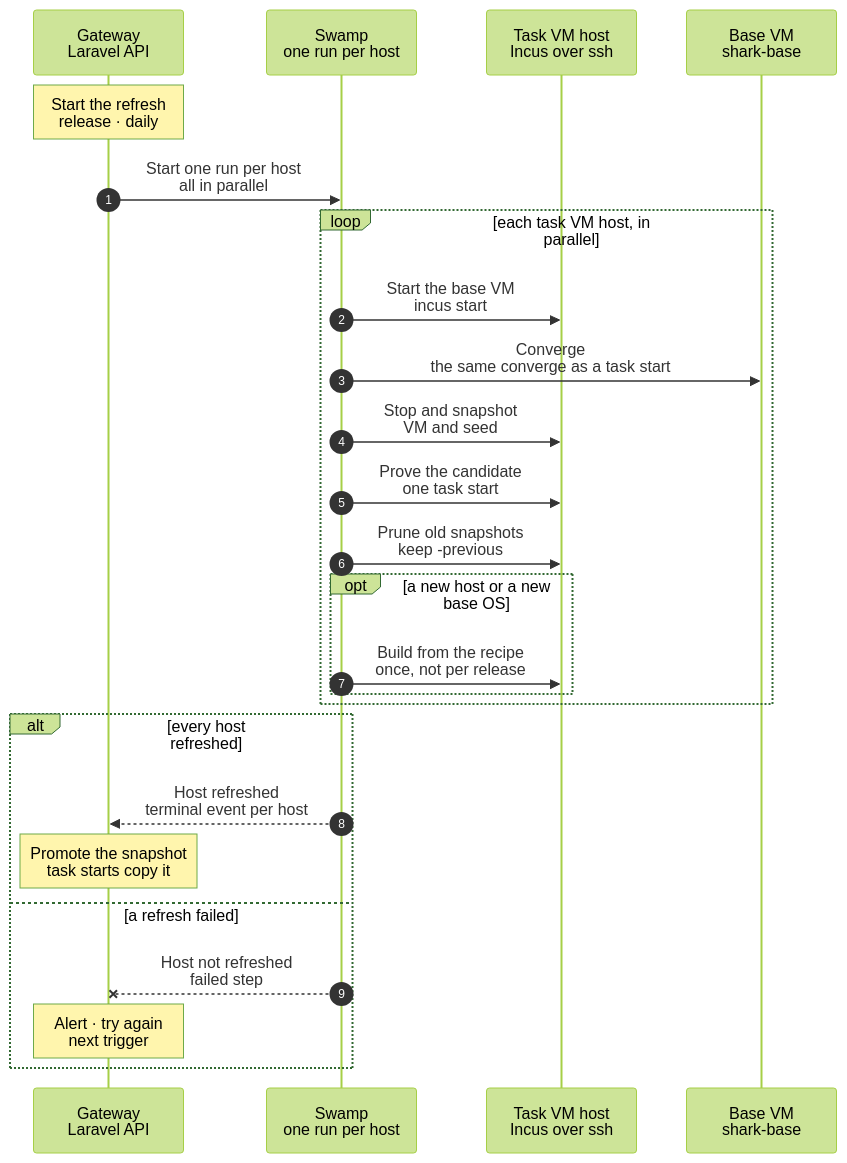
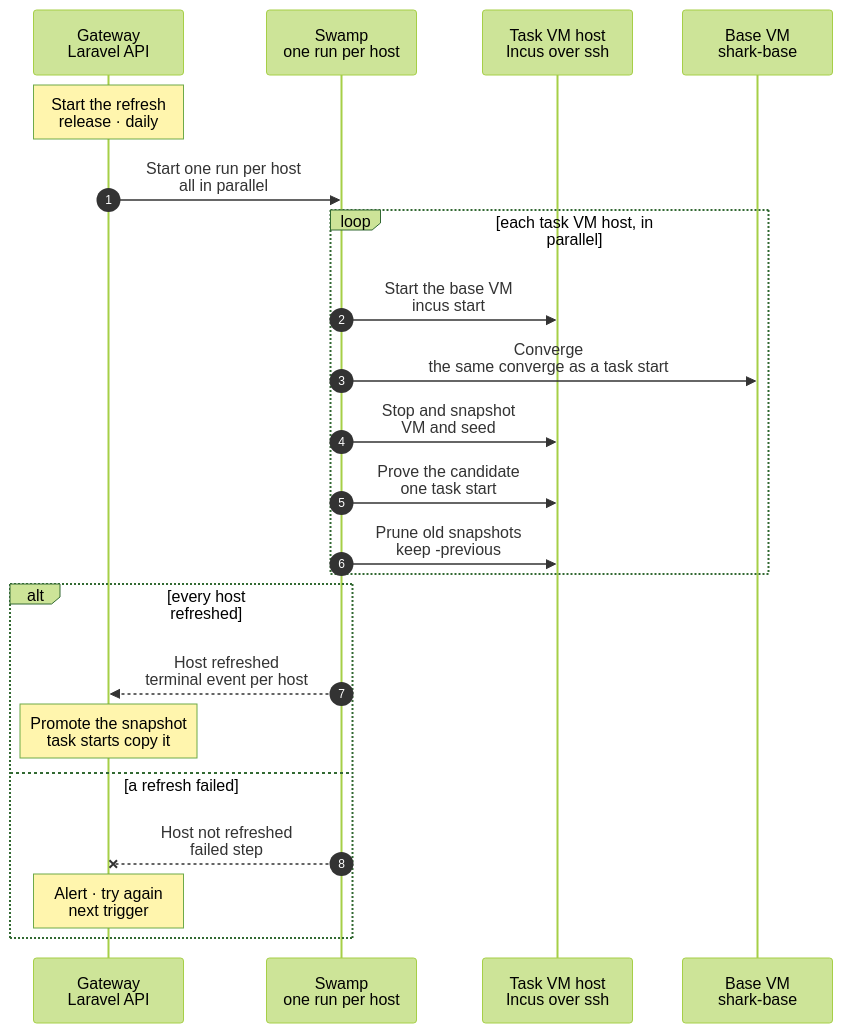
The diagram in docs/reference/pipeline/6-task-image-seed-refresh.mmd (hardimpactdev/orbit), drawn with Mermaid (forest theme) before and after one commit. The commit also changed 85 other files, not shown here.

First line of the commit message:
Retire the recipe image build; the base snapshot refresh is the only base (#3150)

```diff
--- a/docs/reference/pipeline/6-task-image-seed-refresh.mmd
+++ b/docs/reference/pipeline/6-task-image-seed-refresh.mmd
@@ -1,55 +1,52 @@
 sequenceDiagram
   %% Target design (agreed with Nick, 2026-11-07): stage 6 of the command development pipeline. Each task VM host keeps one stopped base VM that never gets an identity; its ZFS snapshot is the base a task start copies. After a release, and once a day, every host starts its base VM, converges it as a task start would, stops it and snapshots it; the snapshot is proven with one task start and the Gateway promotes it. There is no Incus image and no publish. Nothing is copied between hosts. The per-host run: docs/cli/tasks/vm-image-refresh.mmd.
   %% status: draft
   %% command: development pipeline stage 6 · per-host task image and seed refresh
   %% kind: pipeline.6-task-image-seed-refresh
   autonumber
   %% lane GW icon=gateway pill=intent tone=blue
   %% lane SW icon=workflow pill=executes tone=green
   %% lane H icon=server pill=each host tone=amber
   %% lane VM icon=server pill=base VM tone=gray
   participant GW as Gateway<br/>Laravel API
   participant SW as Swamp<br/>one run per host
   participant H as Task VM host<br/>Incus over ssh
   participant VM as Base VM<br/>shark-base
   Note over GW: Start the refresh<br/>release · daily
   %%> Triggers:
   %%> - a release whose commit changed what the image carries: the playbooks (`swamp/ansible`), the pins (`apps/gateway/resources/machine-software`) and the lock files (`TaskVmImageInputs`); a code-only release needs none, because a task start converges to its own commit
   %%> - a daily Schedule; it only dispatches the admission
   %%> - a host with a refresh open returns it
   GW->>SW: Start one run per host<br/>all in parallel
   %%> Why:
   %%> - each host bakes its own image and seed; copying them between hosts is not a supported flow
   loop each task VM host, in parallel
     SW->>H: Start the base VM<br/>incus start
+    %%> What it does:
+    %%> - a new host has no base VM yet: it is made here, once, from the stock Ubuntu VM image and an empty seed volume, and the converge that follows builds everything else
     SW->>VM: Converge<br/>the same converge as a task start
     %%> What it does:
     %%> - outer VM: packages, tools, Swamp, orbit-agent, the Pi server, sshd and UFW at the release's pins; each part runs only when its digest changed
     %%> - the warm checkout: main at the release commit, installs only where a lock file changed
     %%> - each container: migrations and restarts only when the code changed; no wait for nested services and no identity wipe
     SW->>H: Stop and snapshot<br/>VM and seed
     %%> What it does:
     %%> - stops the base VM and snapshots it and its seed volume; ZFS snapshots, about 1 s
     SW->>H: Prove the candidate<br/>one task start
     %%> What it does:
     %%> - steps 2 to 4 of a task start from the new snapshot with a free slot identity, then its release
     SW->>H: Prune old snapshots<br/>keep -previous
     %%> What it does:
     %%> - keeps the new snapshot and the one before it; removes older ones
-    opt a new host or a new base OS
-      SW->>H: Build from the recipe<br/>once, not per release
-      %%> What it does:
-      %%> - builds the first image from the stock image (`task_vm.image_build`); the first refresh makes the base VM from it once
-    end
   end
   alt every host refreshed
     SW-->>GW: Host refreshed<br/>terminal event per host
     Note over GW: Promote the snapshot<br/>task starts copy it
     %%> Result:
     %%> - target about 25 s per host for a no-op refresh before the proof; one slow host does not hold the others
   else a refresh failed
     SW--xGW: Host not refreshed<br/>failed step
     Note over GW: Alert · try again<br/>next trigger
     %%> Result:
     %%> - the base VM is rolled back to the recorded snapshot and the run's snapshot removed; the identity that proved it is released
   end
```
